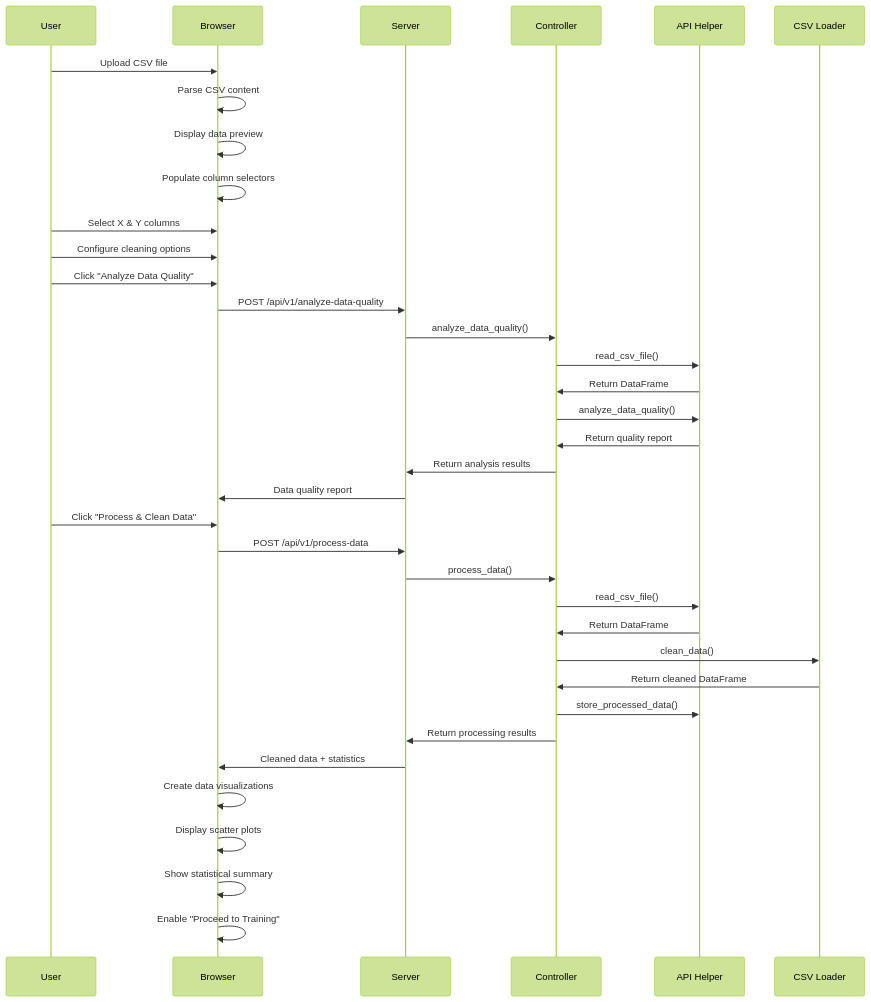
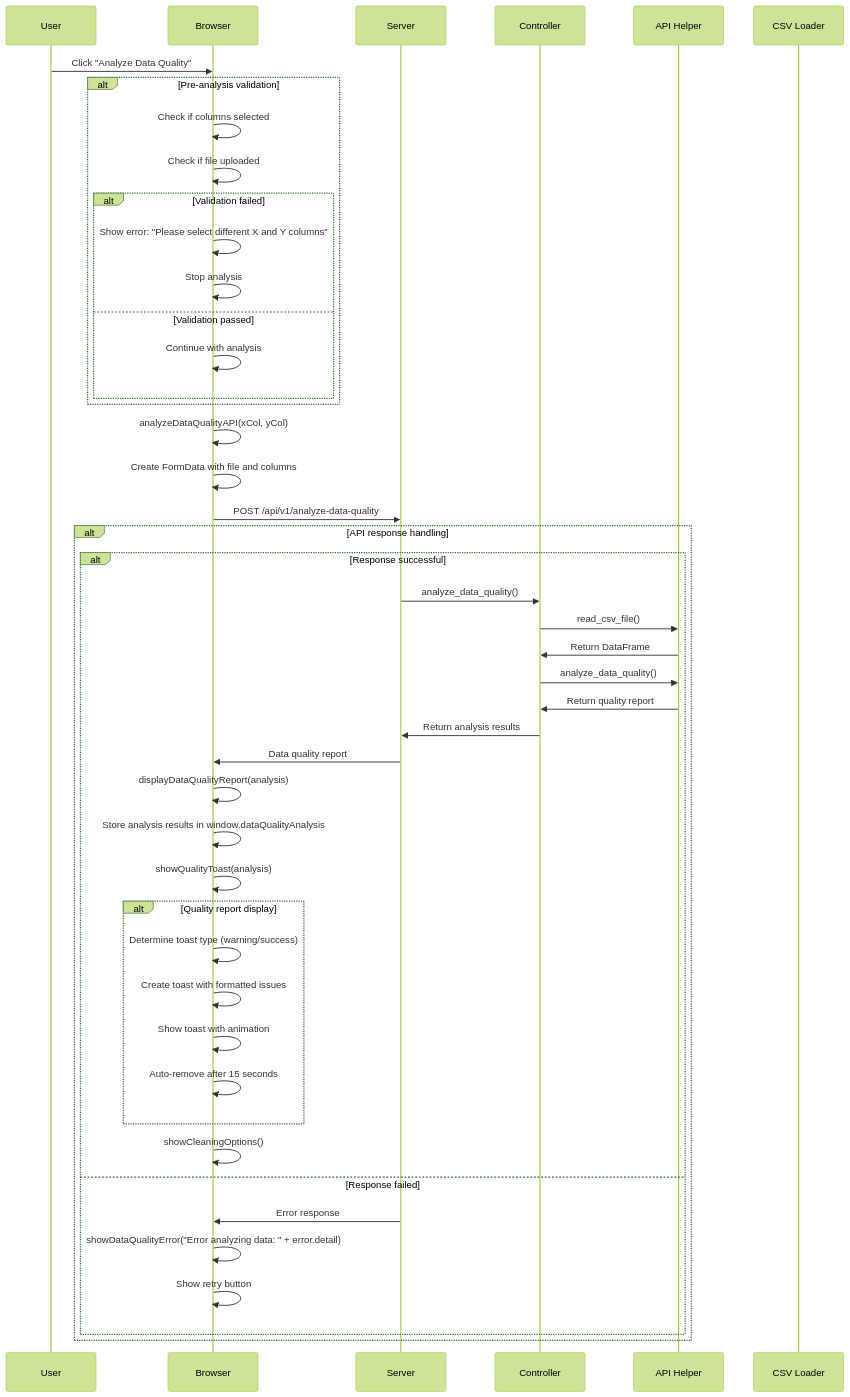
Before and after one commit to Rameel-Ahmed/linear-regression-final: the fourth of 10 diagrams in sequence_diagram.md, drawn with Mermaid (forest theme). The commit also changed other lines of this file, not shown here.

````diff
--- a/sequence_diagram.md
+++ b/sequence_diagram.md
@@ -36,42 +156,57 @@
 ```mermaid
 sequenceDiagram
     participant U as User
     participant B as Browser
     participant S as Server
     participant C as Controller
     participant H as API Helper
     participant L as CSV Loader
 
-    U->>B: Upload CSV file
-    B->>B: Parse CSV content
-    B->>B: Display data preview
-    B->>B: Populate column selectors
-    U->>B: Select X & Y columns
-    U->>B: Configure cleaning options
     U->>B: Click "Analyze Data Quality"
     
+    alt Pre-analysis validation
+        B->>B: Check if columns selected
+        B->>B: Check if file uploaded
+        
+        alt Validation failed
+            B->>B: Show error: "Please select different X and Y columns"
+            B->>B: Stop analysis
+        else Validation passed
+            B->>B: Continue with analysis
+        end
+    end
+    
+    B->>B: analyzeDataQualityAPI(xCol, yCol)
+    B->>B: Create FormData with file and columns
     B->>S: POST /api/v1/analyze-data-quality
-    S->>C: analyze_data_quality()
-    C->>H: read_csv_file()
-    H->>C: Return DataFrame
-    C->>H: analyze_data_quality()
-    H->>C: Return quality report
-    C->>S: Return analysis results
-    S->>B: Data quality report
     
-    U->>B: Click "Process & Clean Data"
-    B->>S: POST /api/v1/process-data
-    S->>C: process_data()
-    C->>H: read_csv_file()
-    H->>C: Return DataFrame
-    C->>L: clean_data()
-    L->>C: Return cleaned DataFrame
-    C->>H: store_processed_data()
-    C->>S: Return processing results
-    S->>B: Cleaned data + statistics
-    
-    B->>B: Create data visualizations
-    B->>B: Display scatter plots
-    B->>B: Show statistical summary
-    B->>B: Enable "Proceed to Training"
+    alt API response handling
+        alt Response successful
+            S->>C: analyze_data_quality()
+            C->>H: read_csv_file()
+            H->>C: Return DataFrame
+            C->>H: analyze_data_quality()
+            H->>C: Return quality report
+            C->>S: Return analysis results
+            S->>B: Data quality report
+            
+            B->>B: displayDataQualityReport(analysis)
+            B->>B: Store analysis results in window.dataQualityAnalysis
+            B->>B: showQualityToast(analysis)
+            
+            alt Quality report display
+                B->>B: Determine toast type (warning/success)
+                B->>B: Create toast with formatted issues
+                B->>B: Show toast with animation
+                B->>B: Auto-remove after 15 seconds
+            end
+            
+            B->>B: showCleaningOptions()
+            
+        else Response failed
+            S->>B: Error response
+            B->>B: showDataQualityError("Error analyzing data: " + error.detail)
+            B->>B: Show retry button
+        end
+    end
 ```
````
